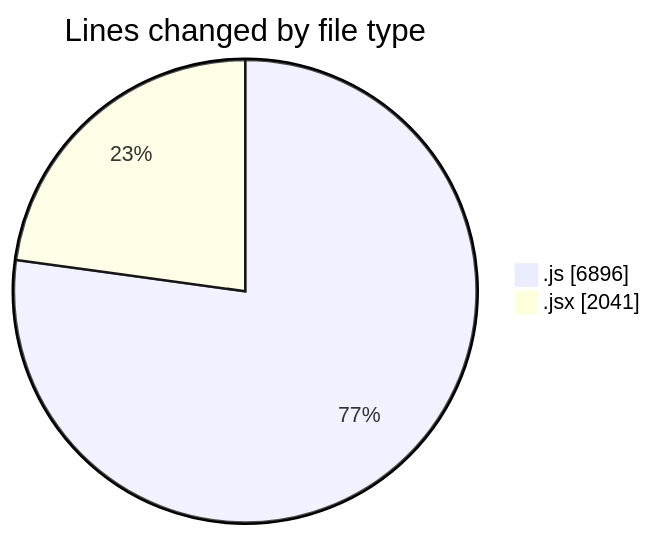
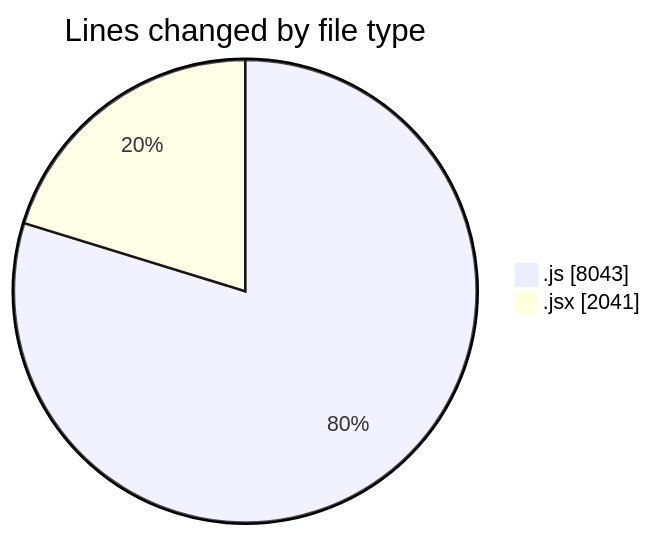
One commit to nxtqubesakshisongat/code-tracking changed the first of 2 diagrams in 2025-10-01/nxtqube_webapp/README.md. Above: the diagram before and after it, drawn with Mermaid. The commit also changed other lines of this file and 1 other file, not shown here.

````diff
--- a/2025-10-01/nxtqube_webapp/README.md
+++ b/2025-10-01/nxtqube_webapp/README.md
@@ -22,6 +22,6 @@
 ```mermaid
 pie showData
 title Lines changed by file type
-".js" : 6896
+".js" : 8043
 ".jsx" : 2041
 ```
````
